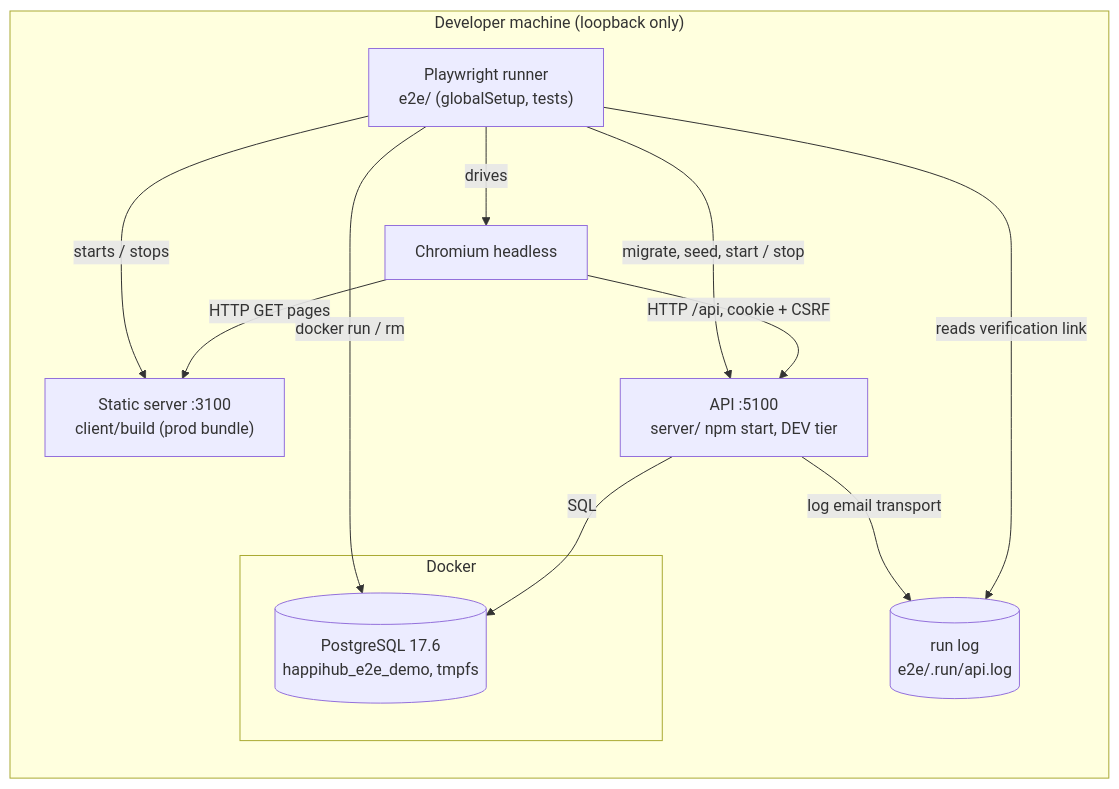
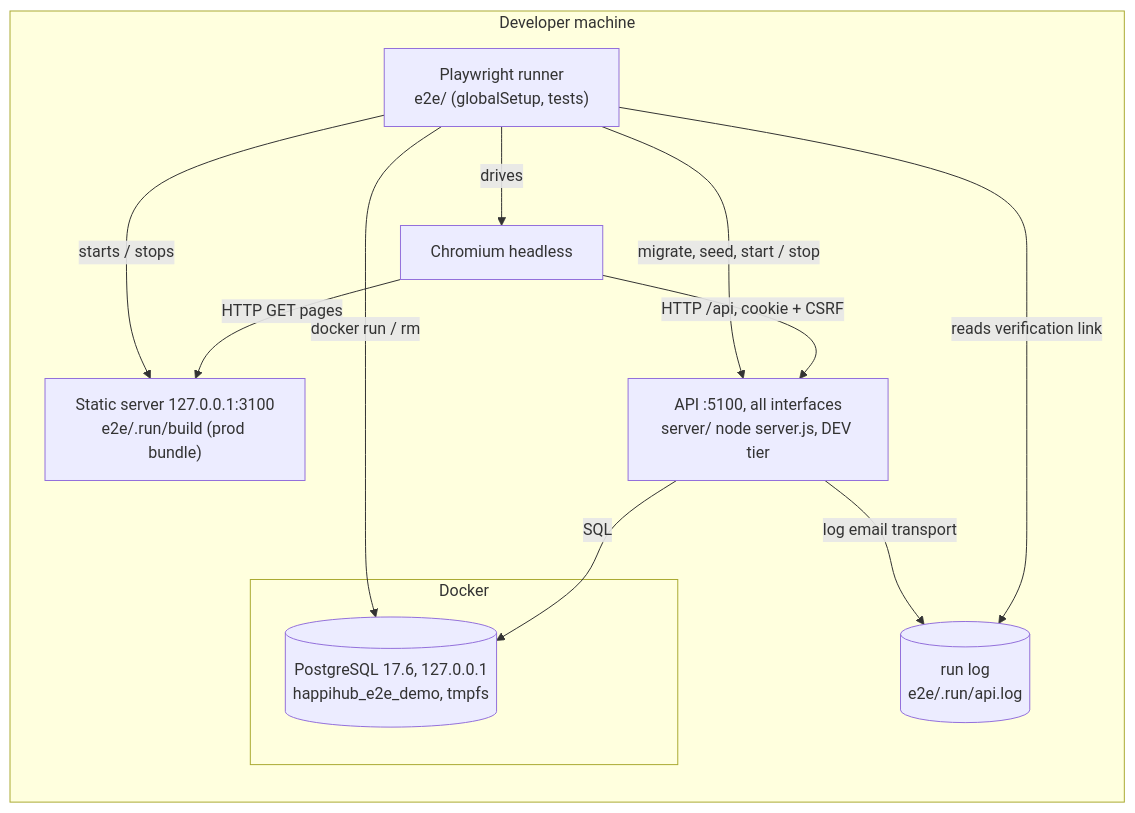
The diagram in docs/architecture/diagrams/e2e-smoke-tests/01-deployment.md (benoit-bremaud/HappiHub), drawn with Mermaid before and after one commit. The commit also changed 13 other files, not shown here.

````diff
--- a/docs/architecture/diagrams/e2e-smoke-tests/01-deployment.md
+++ b/docs/architecture/diagrams/e2e-smoke-tests/01-deployment.md
@@ -9,22 +9,22 @@
 ```mermaid
 flowchart LR
-  subgraph Host["Developer machine (loopback only)"]
+  subgraph Host["Developer machine"]
     PW["Playwright runner<br/>e2e/ (globalSetup, tests)"]
     BR["Chromium headless"]
-    SB["Static server :3100<br/>client/build (prod bundle)"]
-    API["API :5100<br/>server/ npm start, DEV tier"]
+    SB["Static server 127.0.0.1:3100<br/>e2e/.run/build (prod bundle)"]
+    API["API :5100, all interfaces<br/>server/ node server.js, DEV tier"]
     LOG[("run log<br/>e2e/.run/api.log")]
     subgraph Docker["Docker"]
-      PG[("PostgreSQL 17.6<br/>happihub_e2e_demo, tmpfs")]
+      PG[("PostgreSQL 17.6, 127.0.0.1<br/>happihub_e2e_demo, tmpfs")]
     end
   end
   PW -->|drives| BR
   PW -->|starts / stops| SB
   PW -->|migrate, seed, start / stop| API
   PW -->|docker run / rm| PG
   BR -->|HTTP GET pages| SB
   BR -->|HTTP /api, cookie + CSRF| API
   API -->|SQL| PG
   API -->|log email transport| LOG
   PW -->|reads verification link| LOG
 ```
````
